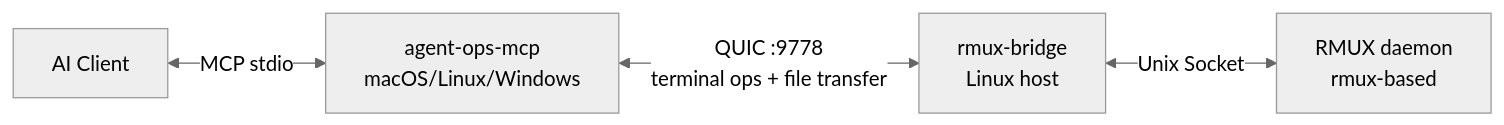
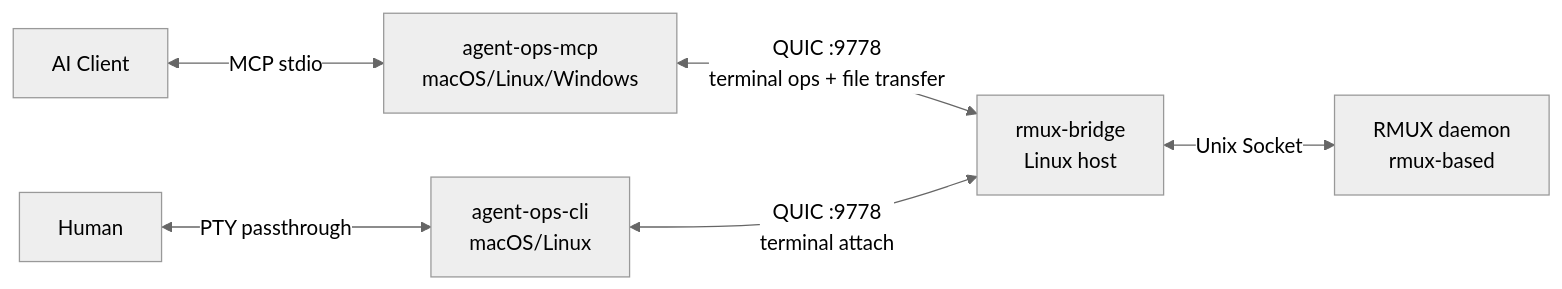
The diagram in README.md (tddh/agent-ops), drawn with Mermaid (neutral theme) before and after one commit. The commit also changed other lines of this file and 4 other files, not shown here.

````diff
--- a/README.md
+++ b/README.md
@@ -57,6 +57,8 @@
 ```mermaid
 graph LR
     A[AI Client] <-->|MCP stdio| B[agent-ops-mcp<br/>macOS/Linux/Windows]
+    H[Human] <-->|PTY passthrough| E[agent-ops-cli<br/>macOS/Linux]
     B <-->|QUIC :9778<br/>terminal ops + file transfer| C[rmux-bridge<br/>Linux host]
+    E <-->|QUIC :9778<br/>terminal attach| C
     C <-->|Unix Socket| D[RMUX daemon<br/>rmux-based]
 ```
````
